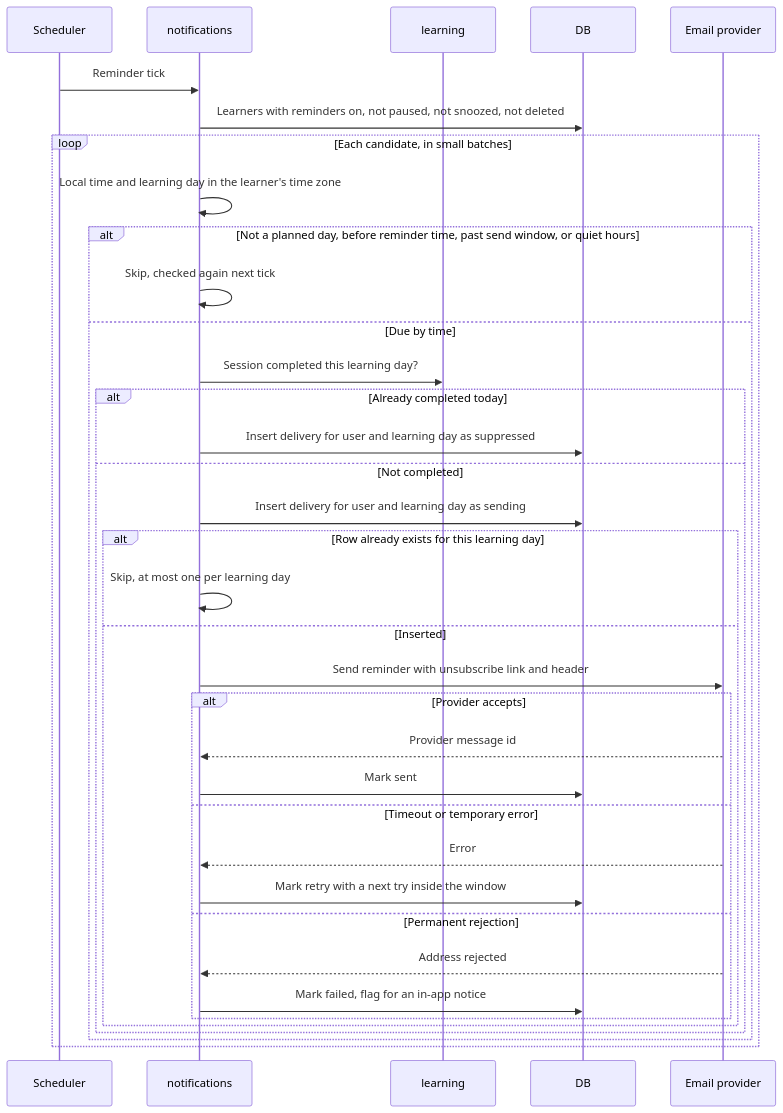
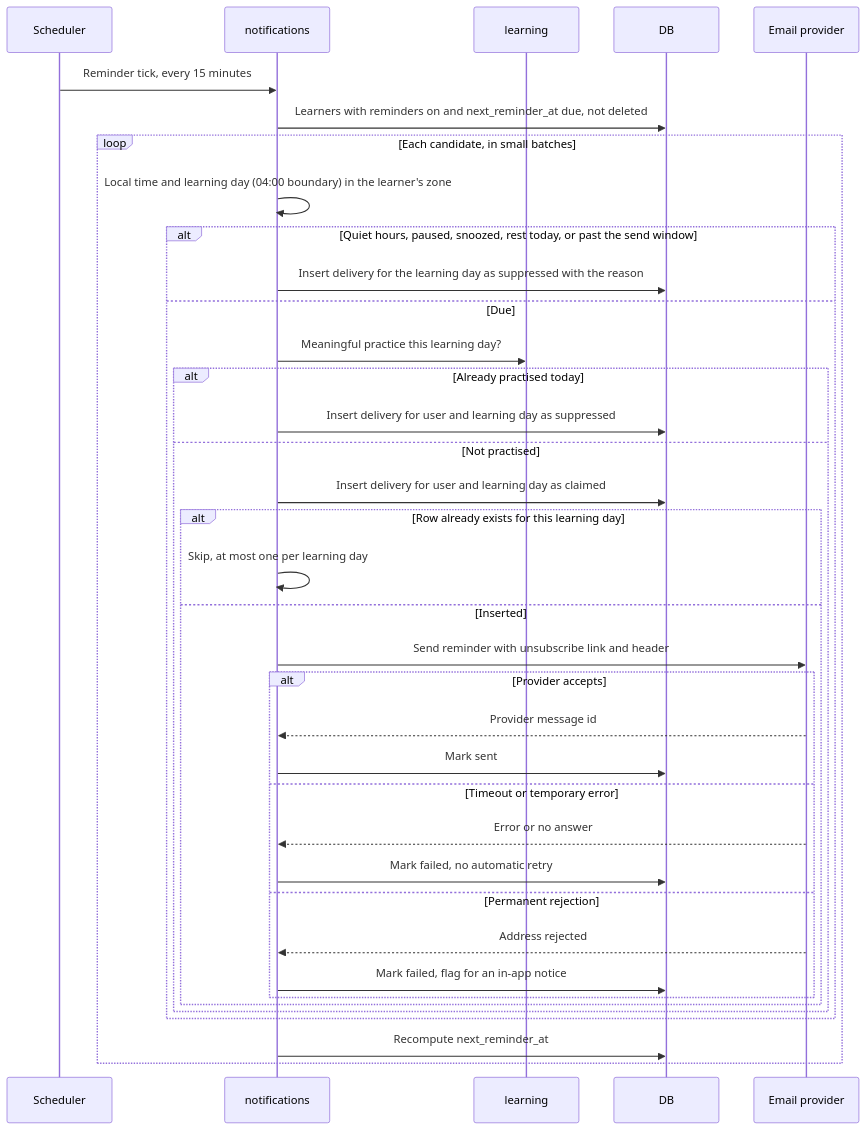
One commit to GhanshyamSoni68/app_idea changed diagram 13 of 19 in devstep/docs/03-key-flows.md. Above: the diagram before and after it, drawn with Mermaid. The commit also changed other lines of this file and 8 other files, not shown here.

````diff
--- a/devstep/docs/03-key-flows.md
+++ b/devstep/docs/03-key-flows.md
@@ -793,38 +813,39 @@
 ```mermaid
 sequenceDiagram
     participant SJ as Scheduler
     participant NTF as notifications
     participant LRN as learning
     participant DB
     participant EP as Email provider
-    SJ->>NTF: Reminder tick
-    NTF->>DB: Learners with reminders on, not paused, not snoozed, not deleted
+    SJ->>NTF: Reminder tick, every 15 minutes
+    NTF->>DB: Learners with reminders on and next_reminder_at due, not deleted
     loop Each candidate, in small batches
-        NTF->>NTF: Local time and learning day in the learner's time zone
-        alt Not a planned day, before reminder time, past send window, or quiet hours
-            NTF->>NTF: Skip, checked again next tick
-        else Due by time
-            NTF->>LRN: Session completed this learning day?
-            alt Already completed today
+        NTF->>NTF: Local time and learning day (04:00 boundary) in the learner's zone
+        alt Quiet hours, paused, snoozed, rest today, or past the send window
+            NTF->>DB: Insert delivery for the learning day as suppressed with the reason
+        else Due
+            NTF->>LRN: Meaningful practice this learning day?
+            alt Already practised today
                 NTF->>DB: Insert delivery for user and learning day as suppressed
-            else Not completed
-                NTF->>DB: Insert delivery for user and learning day as sending
+            else Not practised
+                NTF->>DB: Insert delivery for user and learning day as claimed
                 alt Row already exists for this learning day
                     NTF->>NTF: Skip, at most one per learning day
                 else Inserted
                     NTF->>EP: Send reminder with unsubscribe link and header
                     alt Provider accepts
                         EP-->>NTF: Provider message id
                         NTF->>DB: Mark sent
                     else Timeout or temporary error
-                        EP-->>NTF: Error
-                        NTF->>DB: Mark retry with a next try inside the window
+                        EP-->>NTF: Error or no answer
+                        NTF->>DB: Mark failed, no automatic retry
                     else Permanent rejection
                         EP-->>NTF: Address rejected
                         NTF->>DB: Mark failed, flag for an in-app notice
                     end
                 end
             end
         end
+        NTF->>DB: Recompute next_reminder_at
     end
 ```
````
